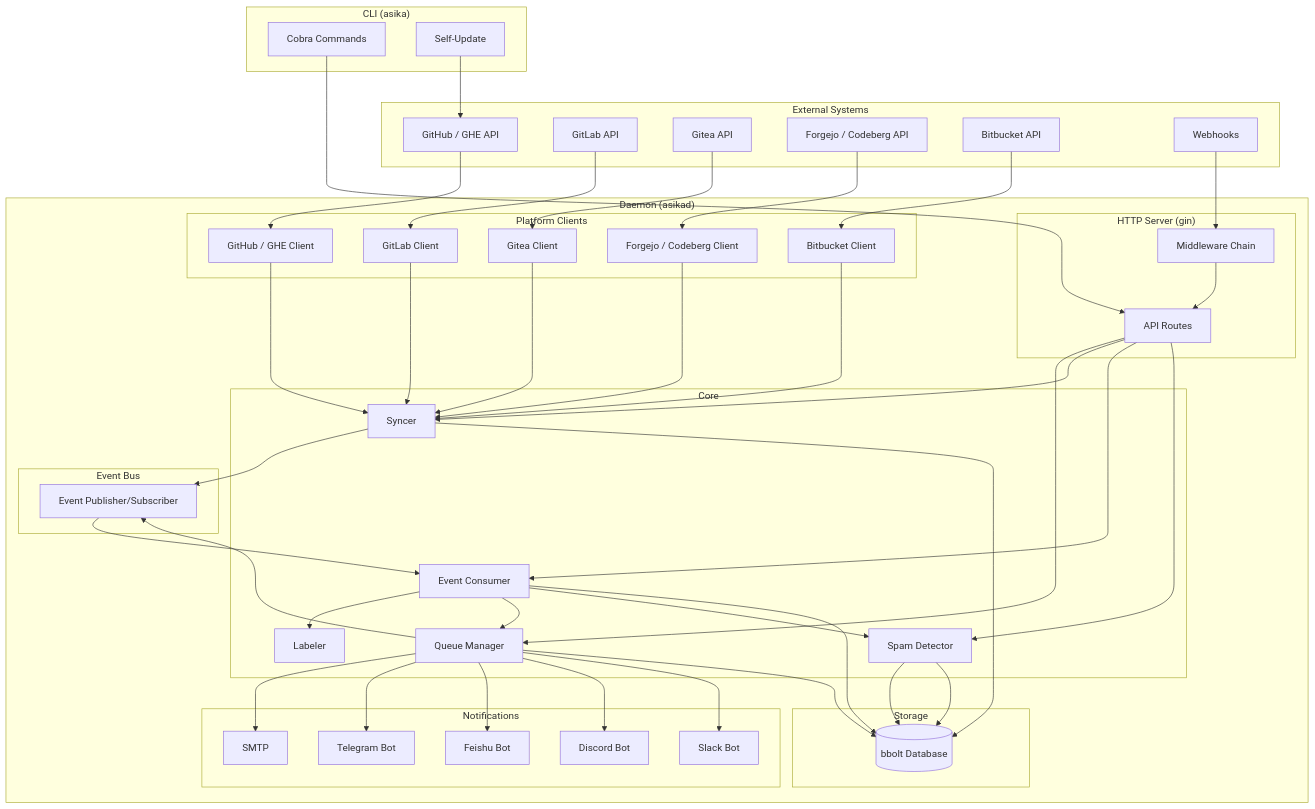
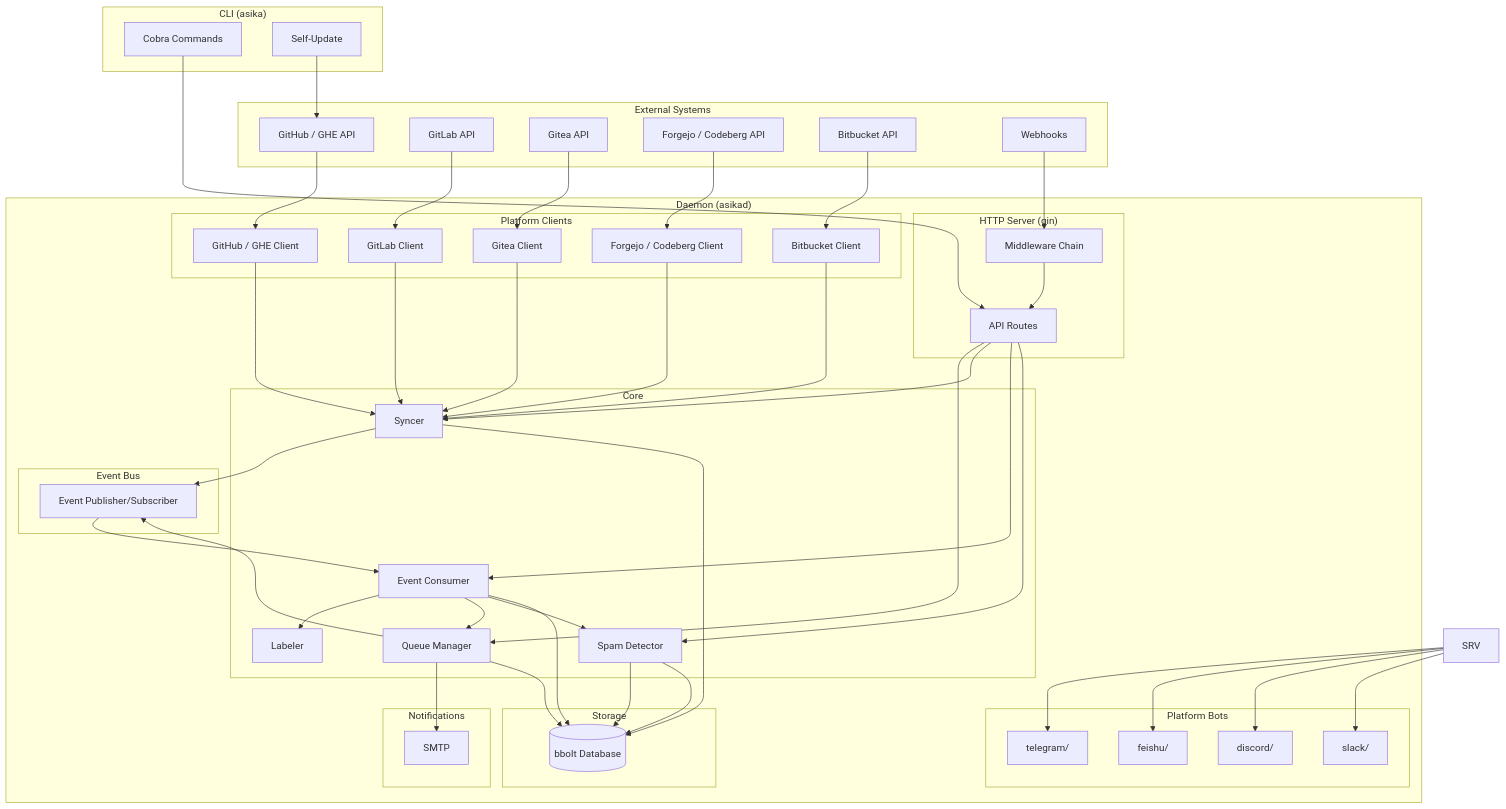
One commit to AsikaProject/Asika changed the first of 2 diagrams in PROJECT.md. Above: the diagram before and after it, drawn with Mermaid. The commit also changed other lines of this file and 1 other file, not shown here.

Commit message:
Update PROJECT.md for platform sub-package split

```diff
--- a/PROJECT.md
+++ b/PROJECT.md
@@ -44,10 +44,13 @@
 
         subgraph Notify["Notifications"]
             SMTP[SMTP]
-            TG[Telegram Bot]
-            FS[Feishu Bot]
-            DC[Discord Bot]
-            SL[Slack Bot]
+        end
+
+        subgraph Bots["Platform Bots"]
+            TG[telegram/]
+            FS[feishu/]
+            DC[discord/]
+            SL[slack/]
         end
 
         subgraph DB["Storage"]
@@ -85,11 +88,11 @@
     PC_FJ --> SY
     PC_BB --> SY
 
-    QC --> SMTP
-    QC --> TG
-    QC --> FS
-    QC --> DC
-    QC --> SL
+     QC --> SMTP
+     SRV --> TG
+     SRV --> FS
+     SRV --> DC
+     SRV --> SL
 
     SY --> BDB
     QC --> BDB
```
